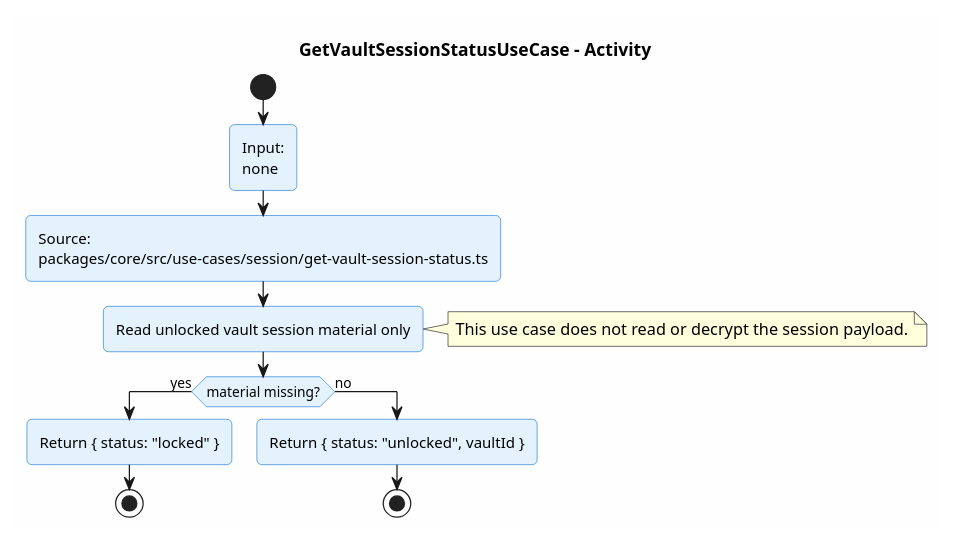
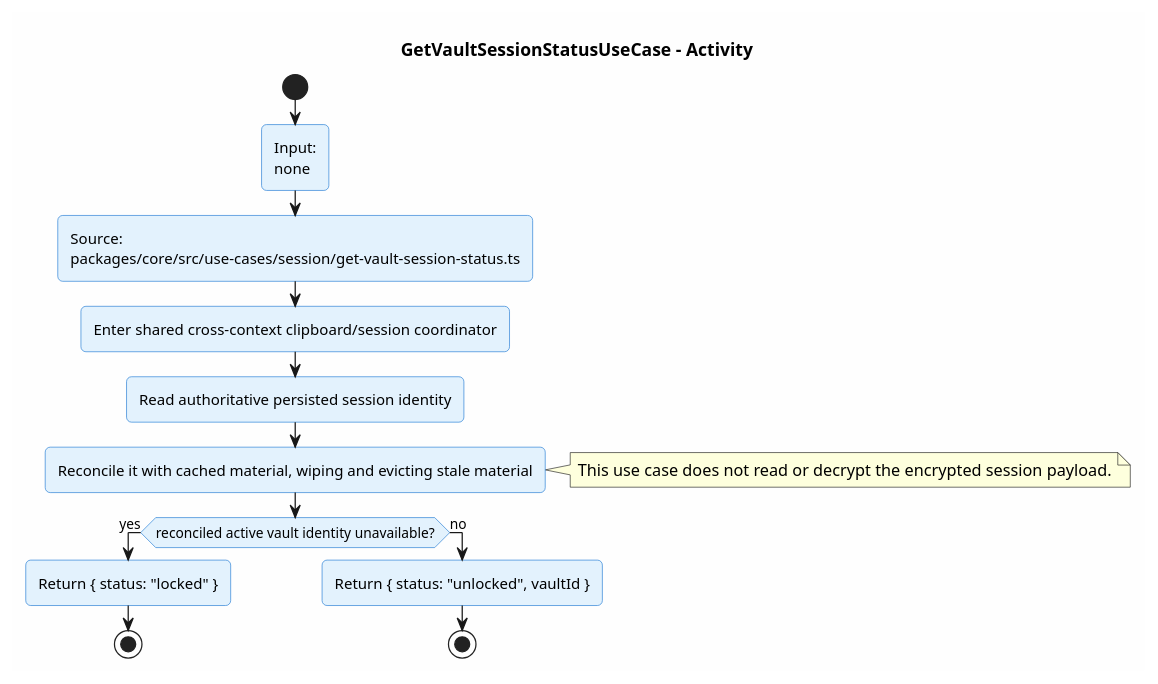
Before and after one commit to ArionStudio/engr-serverless-pm: the diagram in docs/v1/use-case/session/get-vault-session-status.activity.puml, drawn with PlantUML. The commit also changed 26 other files, not shown here.

Commit message:
fix(core): revoke stale session activations

```diff
--- a/docs/v1/use-case/session/get-vault-session-status.activity.puml
+++ b/docs/v1/use-case/session/get-vault-session-status.activity.puml
@@ -1,26 +1,28 @@
 @startuml get-vault-session-status-activity
 title GetVaultSessionStatusUseCase - Activity
 
 skinparam backgroundColor #FEFEFE
 skinparam roundcorner 8
 skinparam shadowing false
 skinparam activity {
   BackgroundColor #E3F2FD
   BorderColor #1976D2
 }
 
 start
 :Input:\nnone;
 :Source:\npackages/core/src/use-cases/session/get-vault-session-status.ts;
-:Read unlocked vault session material only;
+:Enter shared cross-context clipboard/session coordinator;
+:Read authoritative persisted session identity;
+:Reconcile it with cached material, wiping and evicting stale material;
 note right
-This use case does not read or decrypt the session payload.
+This use case does not read or decrypt the encrypted session payload.
 end note
-if (material missing?) then (yes)
+if (reconciled active vault identity unavailable?) then (yes)
   :Return { status: "locked" };
   stop
 else (no)
   :Return { status: "unlocked", vaultId };
   stop
 endif
 @enduml
```
